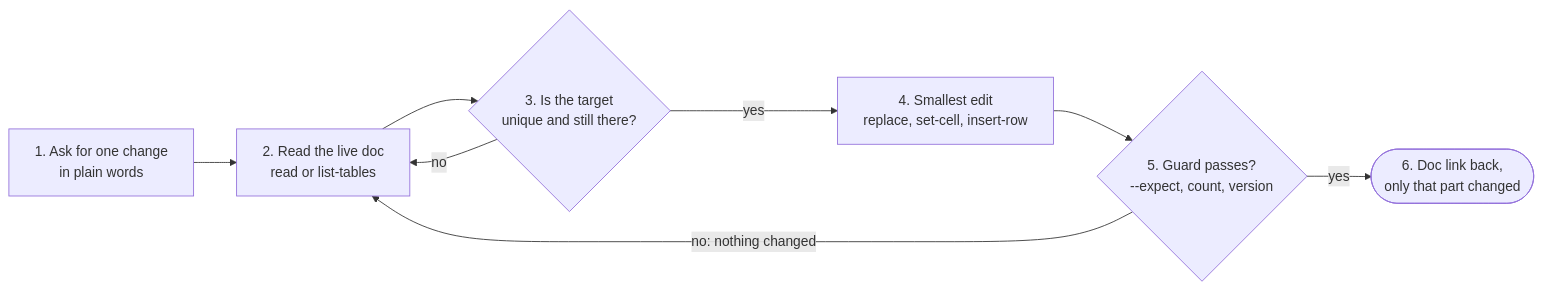
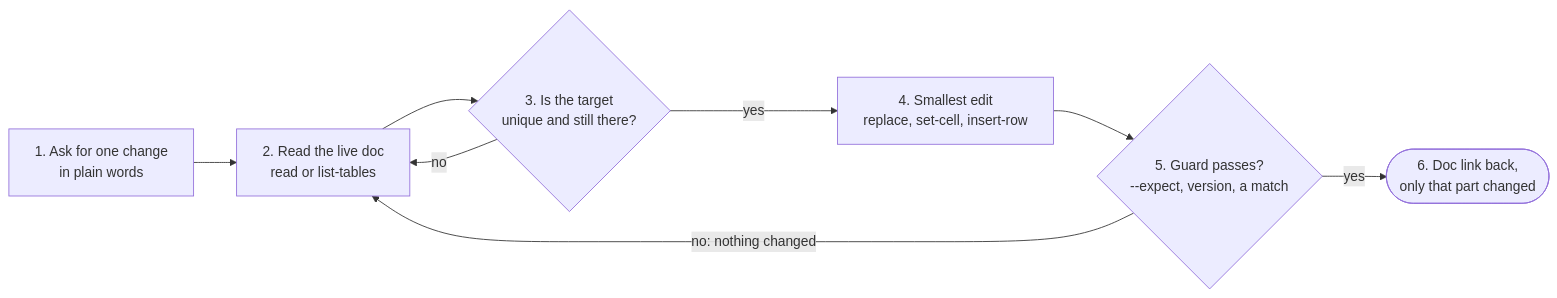
Before and after one commit to BrianArfi/gdoc-surgical: the diagram in README.md, drawn with Mermaid. The commit also changed other lines of this file, not shown here.

````diff
--- a/README.md
+++ b/README.md
@@ -52,10 +53,10 @@
 ```mermaid
 flowchart LR
   A["1. Ask for one change<br/>in plain words"] --> B["2. Read the live doc<br/>read or list-tables"]
   B --> C{"3. Is the target<br/>unique and still there?"}
   C -- "no" --> B
   C -- "yes" --> D["4. Smallest edit<br/>replace, set-cell, insert-row"]
-  D --> E{"5. Guard passes?<br/>--expect, count, version"}
+  D --> E{"5. Guard passes?<br/>--expect, version, a match"}
   E -- "no: nothing changed" --> B
   E -- "yes" --> F(["6. Doc link back,<br/>only that part changed"])
 ```
````
